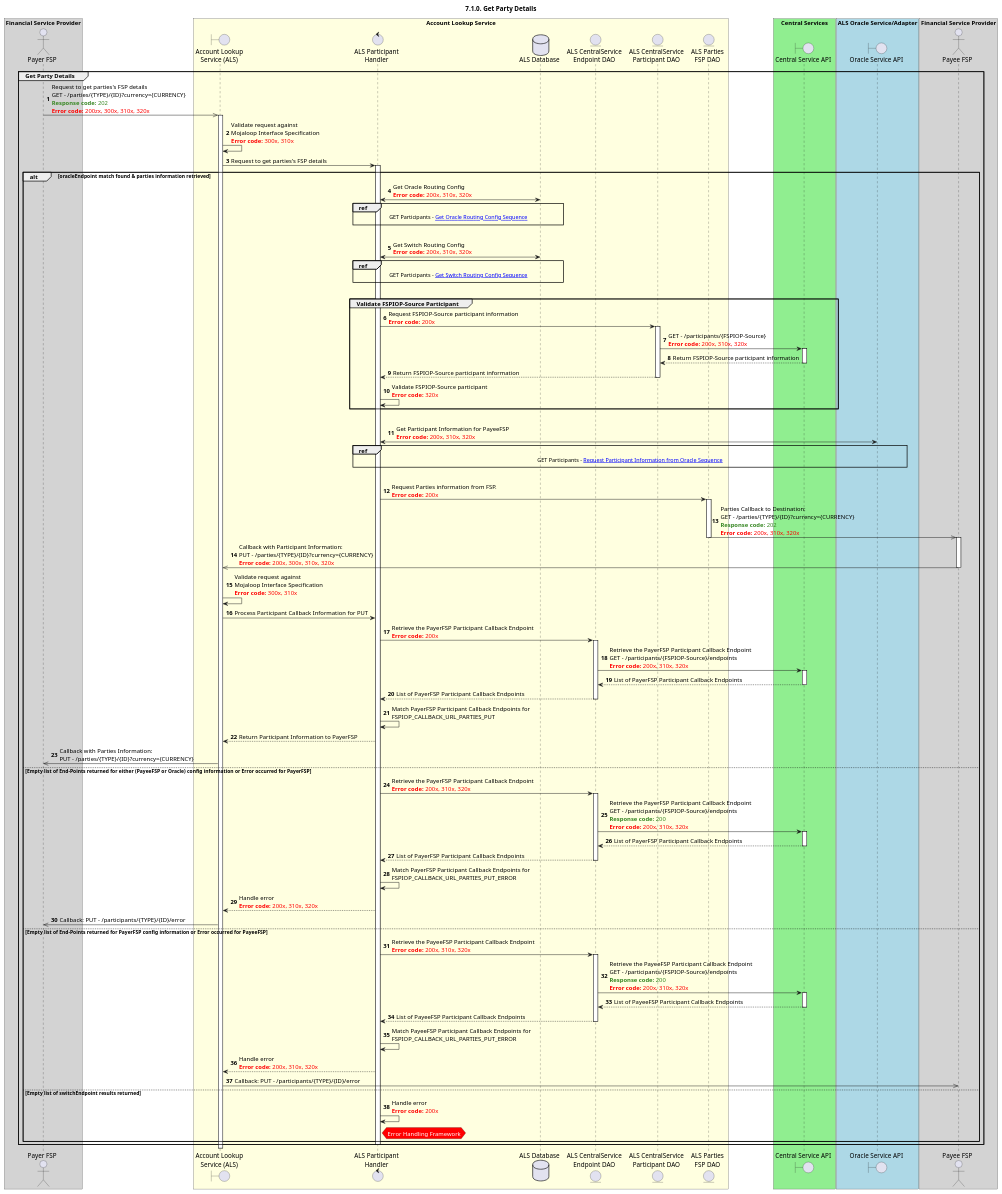
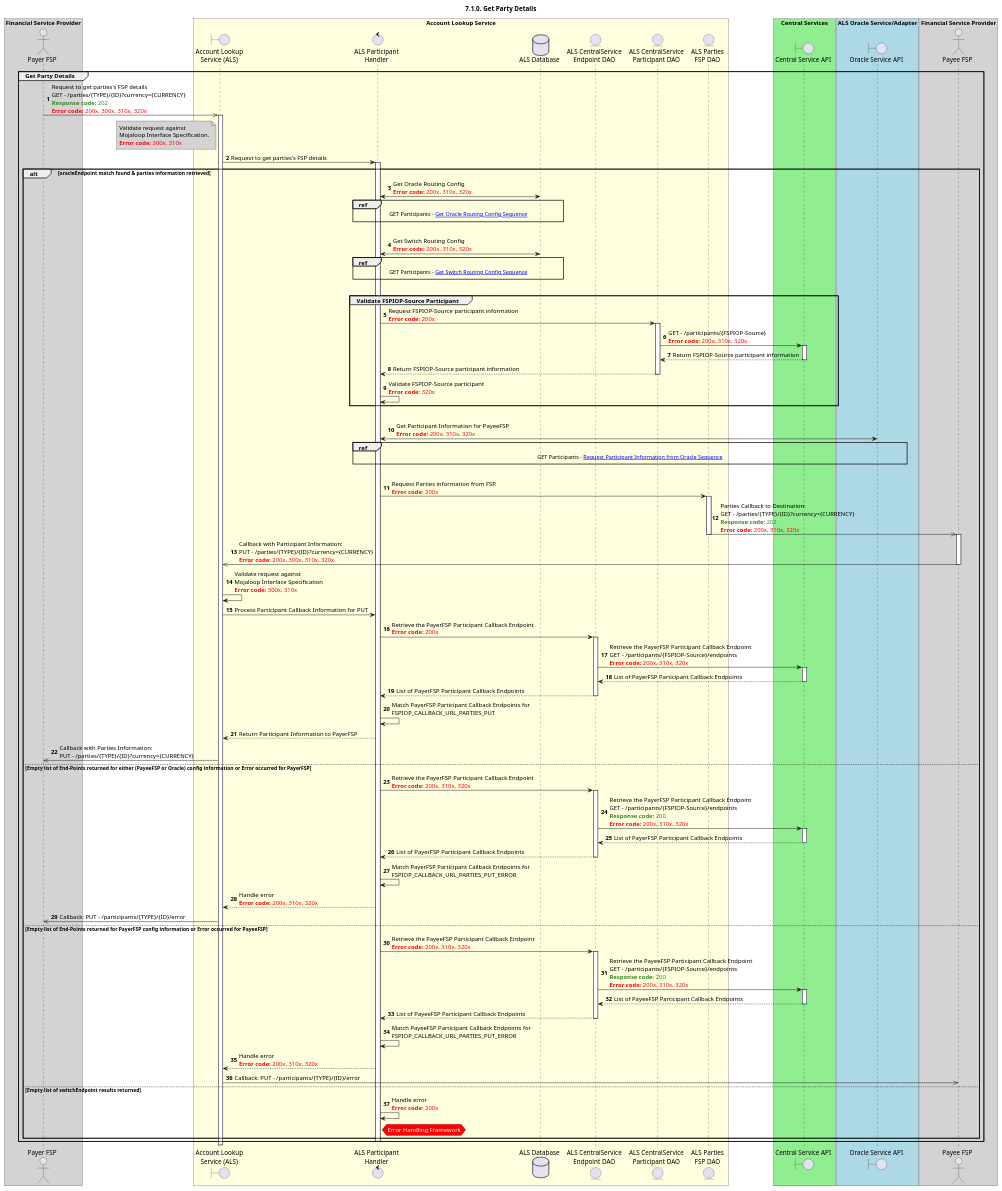
The diagram in mojaloop-technical-overview/account-lookup-service/assets/diagrams/sequence/seq-acct-lookup-get-parties-7.2.0.plantuml (mojaloop/documentation), drawn with PlantUML before and after one commit. The commit also changed 2 other files, not shown here.

Commit message:
Changes to the ALS Sequence Diagrams:
1. Minor typo fixes
2. Moved ML API Spec validation as a note instead of a step to match the changes to the "async" (non-solid) arrow changes as suggested by @ggrg

```diff
--- a/mojaloop-technical-overview/account-lookup-service/assets/diagrams/sequence/seq-acct-lookup-get-parties-7.2.0.plantuml
+++ b/mojaloop-technical-overview/account-lookup-service/assets/diagrams/sequence/seq-acct-lookup-get-parties-7.2.0.plantuml
@@ -27,184 +27,189 @@
 @startuml
-' declate title
+' declare title
 title 7.1.0. Get Party Details
 
 autonumber
 ' Actor Keys:
 ' boundary - APIs/Interfaces, etc
 ' entity - Database Access Objects
 ' database - Database Persistance Store
 
 ' declare actors
 actor "Payer FSP" as PAYER_FSP
 actor "Payee FSP" as PAYEE_FSP
 boundary "Account Lookup\nService (ALS)" as ALS_API
 control "ALS Participant\nHandler" as ALS_PARTICIPANT_HANDLER
 entity "ALS CentralService\nEndpoint DAO" as ALS_CENTRALSERVICE_ENDPOINT_CONFIG_DAO
 entity "ALS CentralService\nParticipant DAO" as ALS_CENTRALSERVICE_PARTICIPANT_DAO
 'entity "ALS Participant Oracle DAO" as ALS_PARTICIPANT_ORACLE_DAO
 entity "ALS Parties\nFSP DAO" as ALS_PARTIES_FSP_DAO
 database "ALS Database" as ALS_DB
 boundary "Oracle Service API" as ORACLE_API
 boundary "Central Service API" as CENTRALSERVICE_API
 
 box "Financial Service Provider" #LightGrey
 participant PAYER_FSP
 end box
 
 box "Account Lookup Service" #LightYellow
 participant ALS_API
 participant ALS_PARTICIPANT_HANDLER
 participant ALS_DB
 participant ALS_CENTRALSERVICE_ENDPOINT_CONFIG_DAO
 participant ALS_CENTRALSERVICE_PARTICIPANT_DAO
 participant ALS_PARTIES_FSP_DAO
 end box
 
 box "Central Services" #LightGreen
 participant CENTRALSERVICE_API
 end box
 
 box "ALS Oracle Service/Adapter" #LightBlue
 participant ORACLE_API
 end box
 
 box "Financial Service Provider" #LightGrey
 participant PAYEE_FSP
 end box
 
 ' START OF FLOW
 
 group Get Party Details
-    PAYER_FSP ->> ALS_API: Request to get parties's FSP details\nGET - /parties/{TYPE}/{ID}?currency={CURRENCY}\n<color #388724><b>Response code:</b> 202</color>\n<color #red><b>Error code:</b> 200zx, 300x, 310x, 320x</color>
+    PAYER_FSP ->> ALS_API: Request to get parties's FSP details\nGET - /parties/{TYPE}/{ID}?currency={CURRENCY}\n<color #388724><b>Response code:</b> 202</color>\n<color #red><b>Error code:</b> 200x, 300x, 310x, 320x</color>
     activate ALS_API
-    ALS_API -> ALS_API: Validate request against\nMojaloop Interface Specification\n<color #red><b>Error code:</b> 300x, 310x</color>
+    note left ALS_API #lightgray
+        Validate request against
+        Mojaloop Interface Specification.
+        <color #red><b>Error code:</b> 300x, 310x</color>
+    end note
+
     ALS_API -> ALS_PARTICIPANT_HANDLER: Request to get parties's FSP details
 
     alt oracleEndpoint match found & parties information retrieved
         activate ALS_PARTICIPANT_HANDLER
         '********************* Retrieve Oracle Routing Information - START ************************
         ALS_PARTICIPANT_HANDLER <-> ALS_DB: Get Oracle Routing Config\n<color #red><b>Error code:</b> 200x, 310x, 320x</color>
         ref over ALS_PARTICIPANT_HANDLER, ALS_DB
             GET Participants - [[https://docs.mojaloop.live/mojaloop-technical-overview/account-lookup-service/als-get-participants.html Get Oracle Routing Config Sequence]]
             |||
         end ref
         '********************* Retrieve Oracle Routing Information - END ************************
         |||
         '********************* Retrieve Switch Routing Information - START ************************
         ALS_PARTICIPANT_HANDLER <-> ALS_DB: Get Switch Routing Config\n<color #red><b>Error code:</b> 200x, 310x, 320x</color>
         ref over ALS_PARTICIPANT_HANDLER, ALS_DB
             GET Participants - [[https://docs.mojaloop.live/mojaloop-technical-overview/account-lookup-service/als-get-participants.html Get Switch Routing Config Sequence]]
             |||
         end ref
         '********************* Retrieve Switch Routing Information - END ************************
         |||
         group Validate FSPIOP-Source Participant
             ALS_PARTICIPANT_HANDLER -> ALS_CENTRALSERVICE_PARTICIPANT_DAO: Request FSPIOP-Source participant information\n<color #red><b>Error code:</b> 200x</color>
             activate ALS_CENTRALSERVICE_PARTICIPANT_DAO
 
             ALS_CENTRALSERVICE_PARTICIPANT_DAO -> CENTRALSERVICE_API: GET - /participants/{FSPIOP-Source}\n<color #red><b>Error code:</b> 200x, 310x, 320x</color>
             activate CENTRALSERVICE_API
             CENTRALSERVICE_API --> ALS_CENTRALSERVICE_PARTICIPANT_DAO: Return FSPIOP-Source participant information
             deactivate CENTRALSERVICE_API
 
             ALS_CENTRALSERVICE_PARTICIPANT_DAO --> ALS_PARTICIPANT_HANDLER: Return FSPIOP-Source participant information
 
             deactivate ALS_CENTRALSERVICE_PARTICIPANT_DAO
 
             ALS_PARTICIPANT_HANDLER -> ALS_PARTICIPANT_HANDLER: Validate FSPIOP-Source participant\n<color #red><b>Error code:</b> 320x</color>
         end group
         |||
 
         '********************* Request Oracle Participant Information - START ************************
 
         ALS_PARTICIPANT_HANDLER <-> ORACLE_API: Get Participant Information for PayeeFSP\n<color #red><b>Error code:</b> 200x, 310x, 320x</color>
         ref over ALS_PARTICIPANT_HANDLER, ORACLE_API
             GET Participants - [[https://docs.mojaloop.live/mojaloop-technical-overview/account-lookup-service/als-get-participants.html Request Participant Information from Oracle Sequence]]
             |||
         end ref
 
         '********************* Request Oracle Participant Information - END ************************
         |||
         '********************* Request Parties Information - START ************************
 
         ALS_PARTICIPANT_HANDLER -> ALS_PARTIES_FSP_DAO: Request Parties information from FSP.\n<color #red><b>Error code:</b> 200x</color>
 
         activate ALS_PARTIES_FSP_DAO
         ALS_PARTIES_FSP_DAO ->> PAYEE_FSP: Parties Callback to Destination:\nGET - /parties/{TYPE}/{ID}?currency={CURRENCY}\n<color #388724><b>Response code:</b> 202</color>\n<color #red><b>Error code:</b> 200x, 310x, 320x</color>
         deactivate ALS_PARTIES_FSP_DAO
         activate PAYEE_FSP
 
         PAYEE_FSP ->> ALS_API: Callback with Participant Information:\nPUT - /parties/{TYPE}/{ID}?currency={CURRENCY}\n<color #red><b>Error code:</b> 200x, 300x, 310x, 320x</color>
         deactivate PAYEE_FSP
 
         ALS_API -> ALS_API: Validate request against\nMojaloop Interface Specification\n<color #red><b>Error code:</b> 300x, 310x</color>
         ALS_API -> ALS_PARTICIPANT_HANDLER: Process Participant Callback Information for PUT
 
         '********************* Request Parties Information - END ************************
 
         '********************* Get PayerFSP Participant Information - START ************************
 
         ALS_PARTICIPANT_HANDLER -> ALS_CENTRALSERVICE_ENDPOINT_CONFIG_DAO: Retrieve the PayerFSP Participant Callback Endpoint\n<color #red><b>Error code:</b> 200x</color>
         activate ALS_CENTRALSERVICE_ENDPOINT_CONFIG_DAO
         ALS_CENTRALSERVICE_ENDPOINT_CONFIG_DAO -> CENTRALSERVICE_API: Retrieve the PayerFSP Participant Callback Endpoint\nGET - /participants/{FSPIOP-Source}/endpoints\n<color #red><b>Error code:</b> 200x, 310x, 320x</color>
         activate CENTRALSERVICE_API
         CENTRALSERVICE_API --> ALS_CENTRALSERVICE_ENDPOINT_CONFIG_DAO: List of PayerFSP Participant Callback Endpoints
         deactivate CENTRALSERVICE_API
         ALS_CENTRALSERVICE_ENDPOINT_CONFIG_DAO --> ALS_PARTICIPANT_HANDLER: List of PayerFSP Participant Callback Endpoints
         deactivate ALS_CENTRALSERVICE_ENDPOINT_CONFIG_DAO
 
         ALS_PARTICIPANT_HANDLER -> ALS_PARTICIPANT_HANDLER: Match PayerFSP Participant Callback Endpoints for\nFSPIOP_CALLBACK_URL_PARTIES_PUT
 
         '********************* Get PayerFSP Participant Information - END ************************
 
         ALS_PARTICIPANT_HANDLER --> ALS_API: Return Participant Information to PayerFSP
         ALS_API ->> PAYER_FSP: Callback with Parties Information:\nPUT - /parties/{TYPE}/{ID}?currency={CURRENCY}
 
     else Empty list of End-Points returned for either (PayeeFSP or Oracle) config information or Error occurred for PayerFSP
 
         '********************* Get PayerFSP Participant Information - START ************************
 
         ALS_PARTICIPANT_HANDLER -> ALS_CENTRALSERVICE_ENDPOINT_CONFIG_DAO: Retrieve the PayerFSP Participant Callback Endpoint\n<color #red><b>Error code:</b> 200x, 310x, 320x</color>
         activate ALS_CENTRALSERVICE_ENDPOINT_CONFIG_DAO
         ALS_CENTRALSERVICE_ENDPOINT_CONFIG_DAO -> CENTRALSERVICE_API: Retrieve the PayerFSP Participant Callback Endpoint\nGET - /participants/{FSPIOP-Source}/endpoints\n<color #388724><b>Response code:</b> 200</color>\n<color #red><b>Error code:</b> 200x, 310x, 320x</color>
         activate CENTRALSERVICE_API
         CENTRALSERVICE_API --> ALS_CENTRALSERVICE_ENDPOINT_CONFIG_DAO: List of PayerFSP Participant Callback Endpoints
         deactivate CENTRALSERVICE_API
         ALS_CENTRALSERVICE_ENDPOINT_CONFIG_DAO --> ALS_PARTICIPANT_HANDLER: List of PayerFSP Participant Callback Endpoints
         deactivate ALS_CENTRALSERVICE_ENDPOINT_CONFIG_DAO
 
         ALS_PARTICIPANT_HANDLER -> ALS_PARTICIPANT_HANDLER: Match PayerFSP Participant Callback Endpoints for\nFSPIOP_CALLBACK_URL_PARTIES_PUT_ERROR
 
         '********************* Get PayerFSP Participant Information - END ************************
 
         ALS_PARTICIPANT_HANDLER --> ALS_API: Handle error\n<color #red><b>Error code:</b> 200x, 310x, 320x</color>
         ALS_API ->> PAYER_FSP: Callback: PUT - /participants/{TYPE}/{ID}/error
     else Empty list of End-Points returned for PayerFSP config information or Error occurred for PayeeFSP
 
         '********************* Get PayeeFSP Participant Information - START ************************
 
         ALS_PARTICIPANT_HANDLER -> ALS_CENTRALSERVICE_ENDPOINT_CONFIG_DAO: Retrieve the PayeeFSP Participant Callback Endpoint\n<color #red><b>Error code:</b> 200x, 310x, 320x</color>
         activate ALS_CENTRALSERVICE_ENDPOINT_CONFIG_DAO
         ALS_CENTRALSERVICE_ENDPOINT_CONFIG_DAO -> CENTRALSERVICE_API: Retrieve the PayeeFSP Participant Callback Endpoint\nGET - /participants/{FSPIOP-Source}/endpoints\n<color #388724><b>Response code:</b> 200</color>\n<color #red><b>Error code:</b> 200x, 310x, 320x</color>
         activate CENTRALSERVICE_API
         CENTRALSERVICE_API --> ALS_CENTRALSERVICE_ENDPOINT_CONFIG_DAO: List of PayeeFSP Participant Callback Endpoints
         deactivate CENTRALSERVICE_API
         ALS_CENTRALSERVICE_ENDPOINT_CONFIG_DAO --> ALS_PARTICIPANT_HANDLER: List of PayeeFSP Participant Callback Endpoints
         deactivate ALS_CENTRALSERVICE_ENDPOINT_CONFIG_DAO
 
         ALS_PARTICIPANT_HANDLER -> ALS_PARTICIPANT_HANDLER: Match PayeeFSP Participant Callback Endpoints for\nFSPIOP_CALLBACK_URL_PARTIES_PUT_ERROR
 
         '********************* Get PayerFSP Participant Information - END ************************
 
         ALS_PARTICIPANT_HANDLER --> ALS_API: Handle error\n<color #red><b>Error code:</b> 200x, 310x, 320x</color>
         ALS_API ->> PAYEE_FSP: Callback: PUT - /participants/{TYPE}/{ID}/error
     else Empty list of switchEndpoint results returned
         ALS_PARTICIPANT_HANDLER -> ALS_PARTICIPANT_HANDLER: Handle error\n<color #red><b>Error code:</b> 200x</color>
         hnote right ALS_PARTICIPANT_HANDLER #red
             <color #white>Error Handling Framework</color>
         end note
     end alt
 
     deactivate ALS_PARTICIPANT_HANDLER
 end
 @enduml
```
